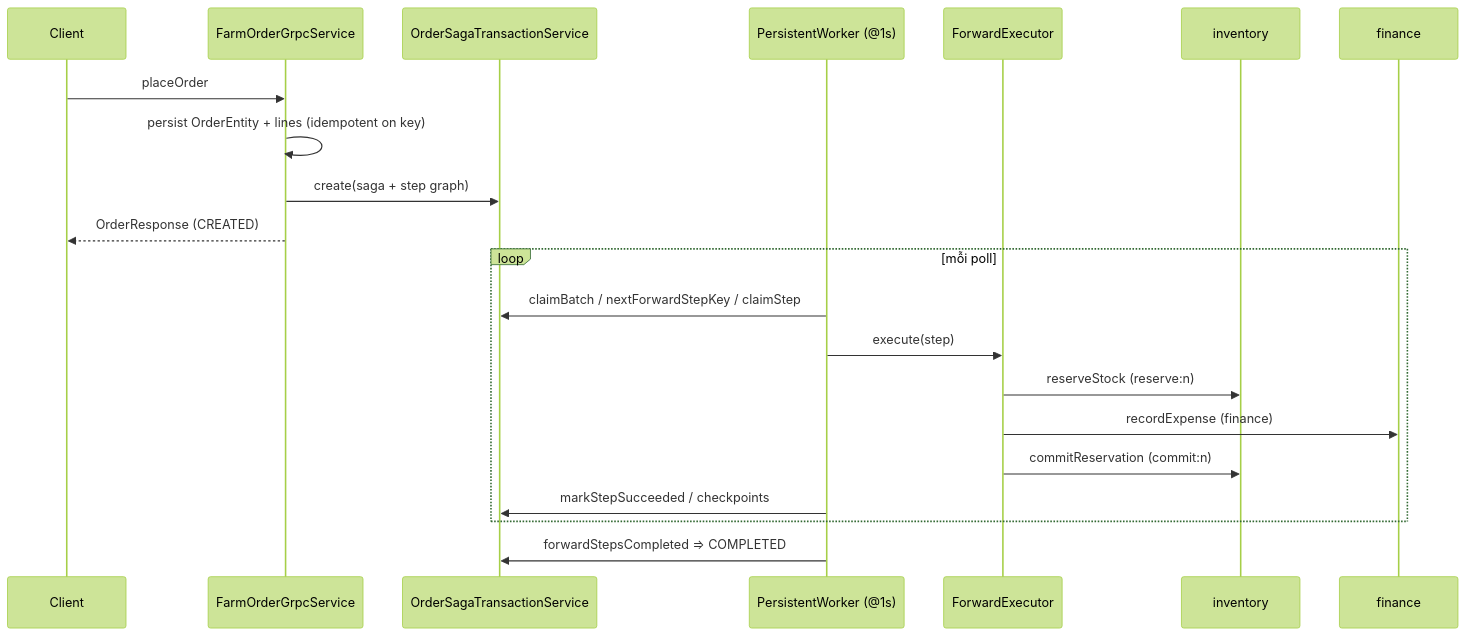
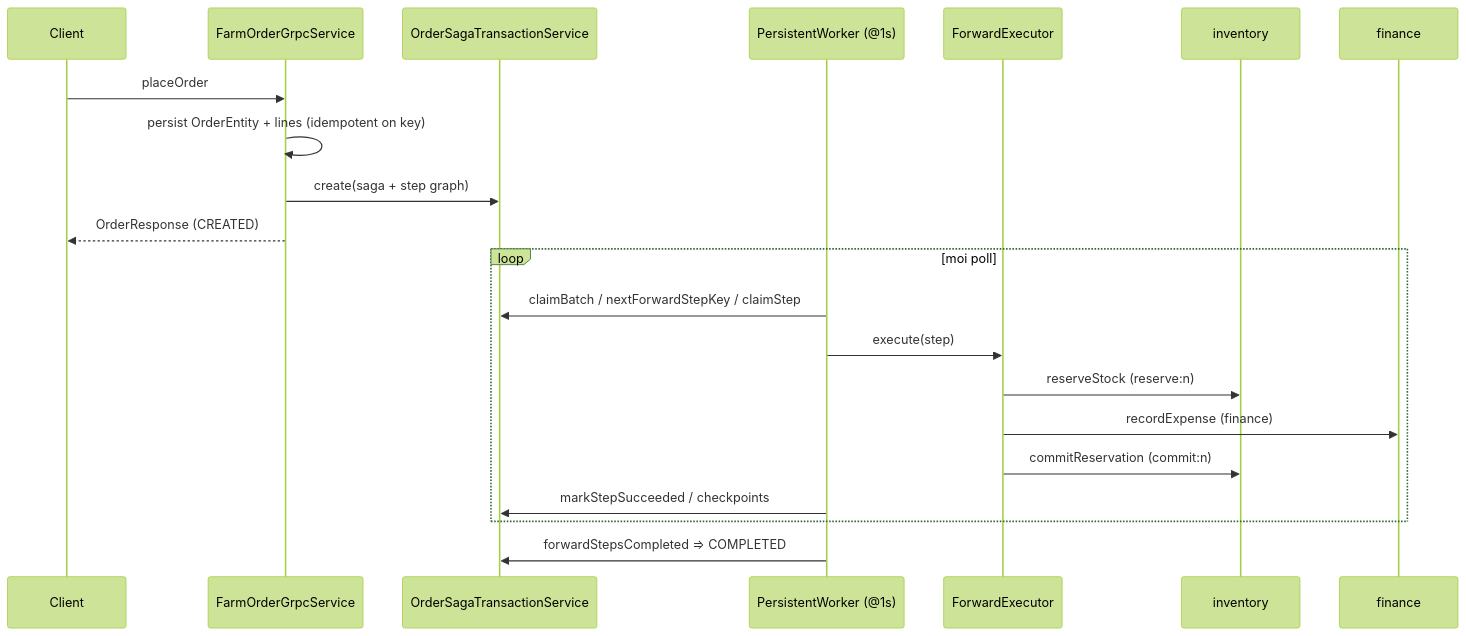
One commit to hatrongvu13/smartfarm-platform-maven-starter changed the third of 4 diagrams in docs/architecture/order-saga.md. Above: the diagram before and after it, drawn with Mermaid (forest theme). The commit also changed other lines of this file and 4 other files, not shown here.

````diff
--- a/docs/architecture/order-saga.md
+++ b/docs/architecture/order-saga.md
@@ -120,23 +120,23 @@
 ```mermaid
 sequenceDiagram
     participant C as Client
     participant G as FarmOrderGrpcService
     participant TX as OrderSagaTransactionService
     participant W as PersistentWorker (@1s)
     participant F as ForwardExecutor
     participant INV as inventory
     participant FIN as finance
     C->>G: placeOrder
     G->>G: persist OrderEntity + lines (idempotent on key)
     G->>TX: create(saga + step graph)
     G-->>C: OrderResponse (CREATED)
-    loop mỗi poll
+    loop moi poll
       W->>TX: claimBatch / nextForwardStepKey / claimStep
       W->>F: execute(step)
       F->>INV: reserveStock (reserve:n)
       F->>FIN: recordExpense (finance)
       F->>INV: commitReservation (commit:n)
       W->>TX: markStepSucceeded / checkpoints
     end
-    W->>TX: forwardStepsCompleted ⇒ COMPLETED
+    W->>TX: forwardStepsCompleted => COMPLETED
 ```
````
